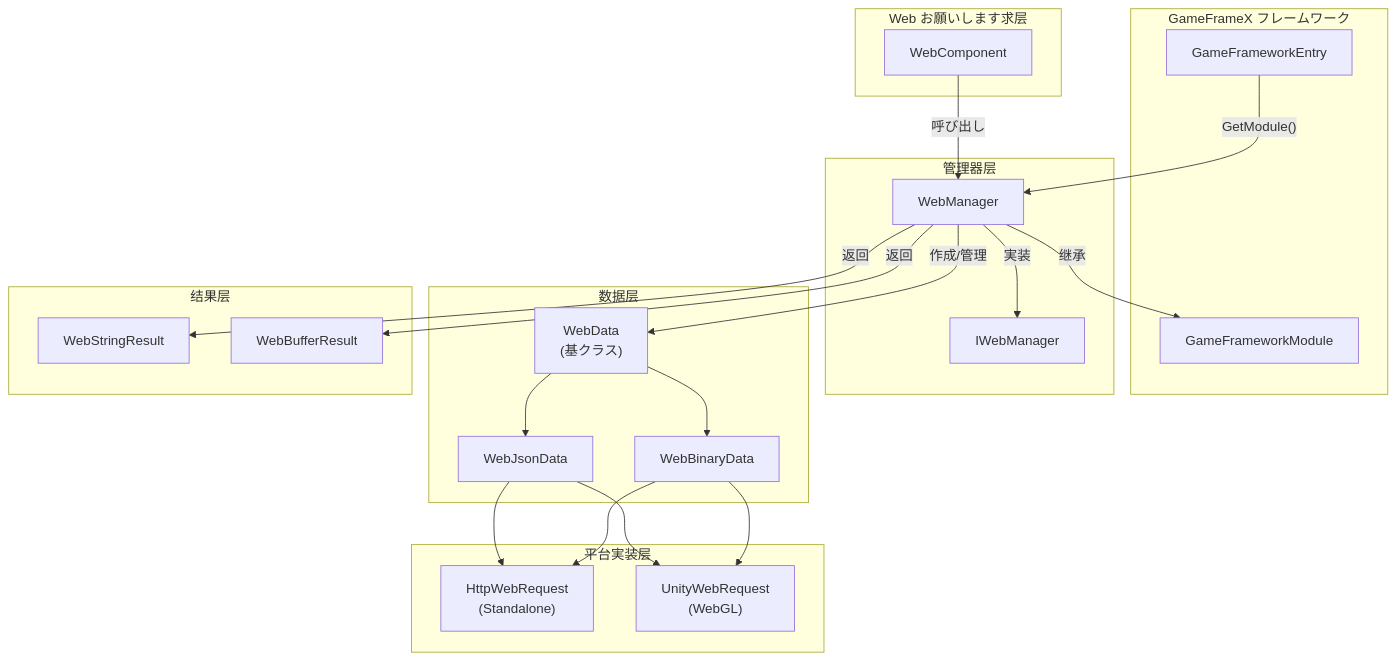
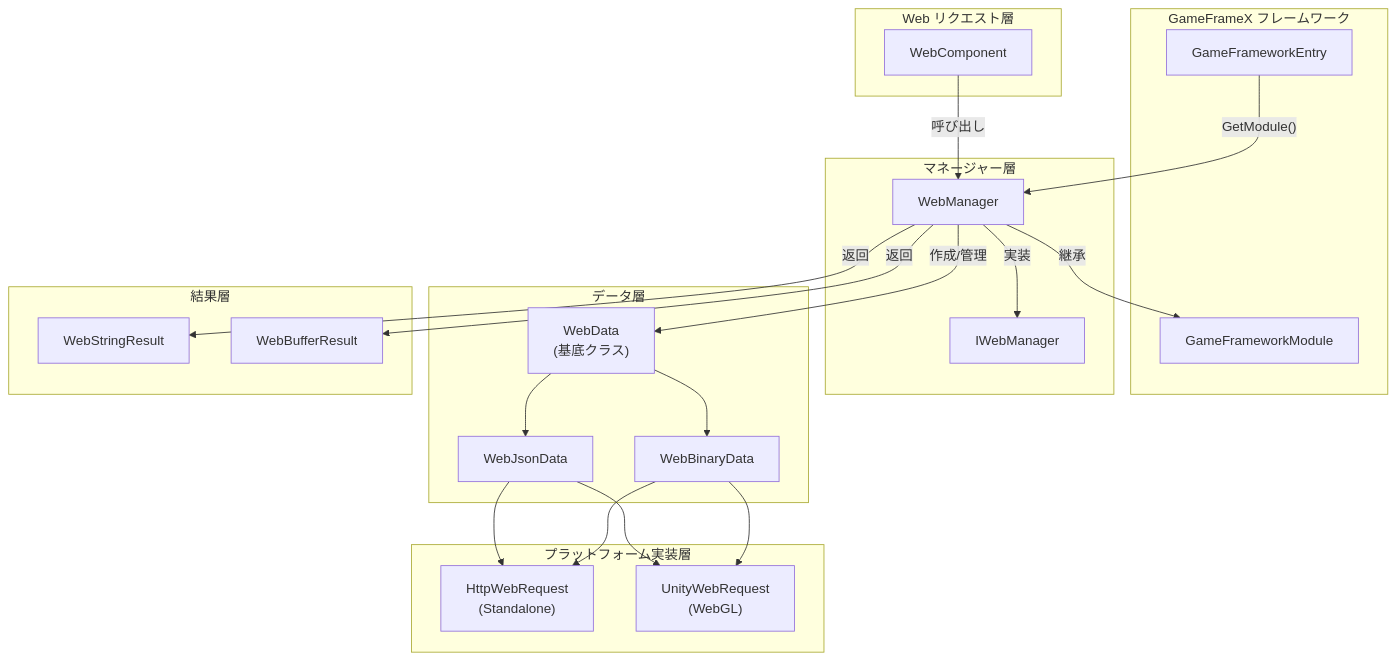
The first of 4 diagrams in docs/ja/client/unity/component/web/05.web-manager.md (AlianBlank/GameFrameX.Docs), drawn with Mermaid before and after one commit. The commit also changed other lines of this file and 320 other files, not shown here.

````diff
--- a/docs/ja/client/unity/component/web/05.web-manager.md
+++ b/docs/ja/client/unity/component/web/05.web-manager.md
@@ -21,46 +21,46 @@
 ```mermaid
 flowchart TB
     subgraph GameFrameX["GameFrameX フレームワーク"]
         GFE["GameFrameworkEntry"]
         GFM["GameFrameworkModule"]
     end
 
-    subgraph WebLayer["Web お願いします求层"]
+    subgraph WebLayer["Web リクエスト層"]
         WC["WebComponent"]
     end
 
-    subgraph ManagerLayer["管理器层"]
+    subgraph ManagerLayer["マネージャー層"]
         WM["WebManager"]
         IWM["IWebManager"]
     end
 
-    subgraph DataLayer["数据层"]
-        WData["WebData<br/>(基クラス)"]
+    subgraph DataLayer["データ層"]
+        WData["WebData<br/>(基底クラス)"]
         WJson["WebJsonData"]
         WBin["WebBinaryData"]
     end
 
-    subgraph ResultLayer["结果层"]
+    subgraph ResultLayer["結果層"]
         WS["WebStringResult"]
         WB["WebBufferResult"]
     end
 
-    subgraph PlatformLayer["平台実装层"]
+    subgraph PlatformLayer["プラットフォーム実装層"]
         HttpWeb["HttpWebRequest<br/>(Standalone)"]
         UnityWeb["UnityWebRequest<br/>(WebGL)"]
     end
 
     GFE -->|"GetModule<IWebManager>()"| WM
     WC -->|"呼び出し"| WM
     WM -->|"実装"| IWM
     WM -->|"作成/管理"| WData
     WData --> WJson
     WData --> WBin
     WM -->|"返回"| WS
     WM -->|"返回"| WB
     WJson --> HttpWeb
     WJson --> UnityWeb
     WBin --> HttpWeb
     WBin --> UnityWeb
-    WM -->|"继承"| GFM
+    WM -->|"継承"| GFM
 ```
````
